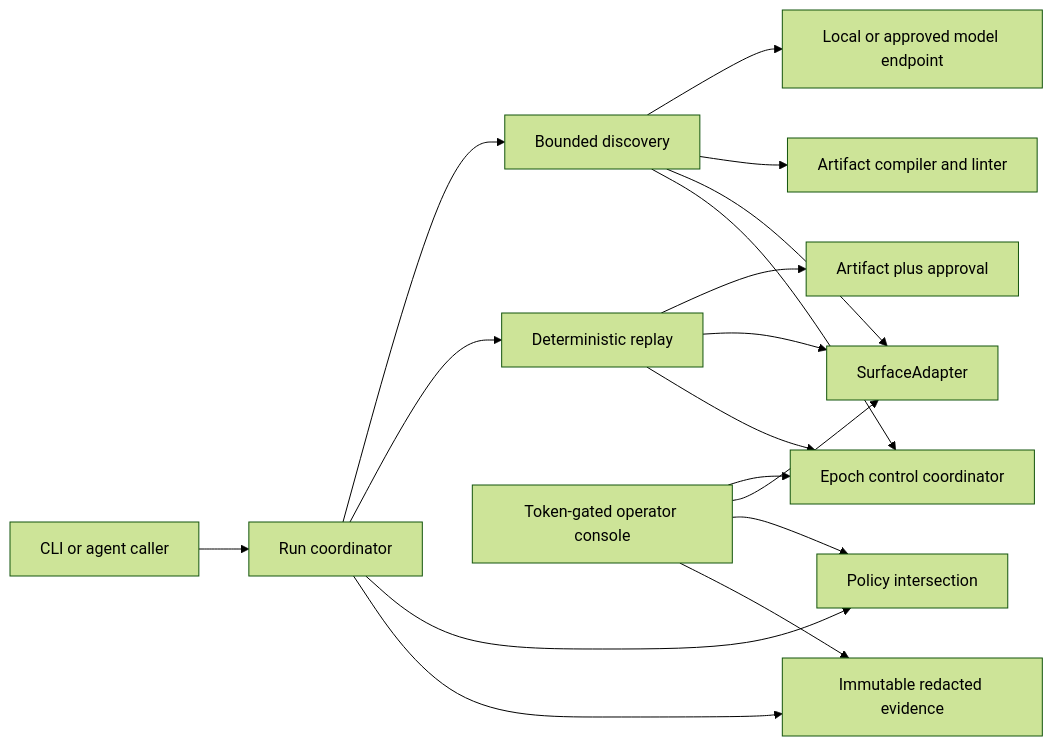
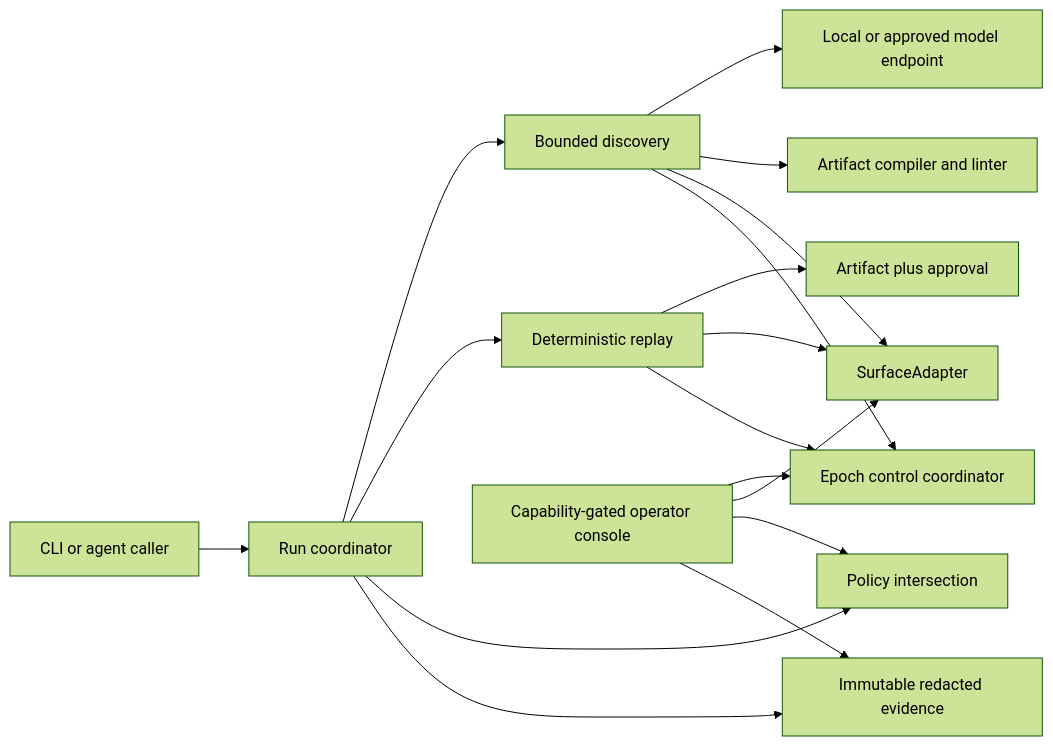
Before and after one commit to codelit-io/handrail-cua: the first of 3 diagrams in docs/SYSTEM_DESIGN_SPEC.md, drawn with Mermaid (forest theme). The commit also changed other lines of this file and 44 other files, not shown here.

````diff
--- a/docs/SYSTEM_DESIGN_SPEC.md
+++ b/docs/SYSTEM_DESIGN_SPEC.md
@@ -91,19 +91,19 @@
 ```mermaid
 flowchart LR
   Caller[CLI or agent caller] --> Coordinator[Run coordinator]
   Coordinator --> Discovery[Bounded discovery]
   Coordinator --> Replay[Deterministic replay]
   Discovery --> Planner[Local or approved model endpoint]
   Discovery --> Compiler[Artifact compiler and linter]
   Replay --> Catalog[Artifact plus approval]
   Discovery --> Surface[SurfaceAdapter]
   Replay --> Surface
-  Operator[Token-gated operator console] --> Control[Epoch control coordinator]
+  Operator[Capability-gated operator console] --> Control[Epoch control coordinator]
   Discovery --> Control
   Replay --> Control
   Operator --> Surface
   Coordinator --> Policy[Policy intersection]
   Operator --> Policy
   Coordinator --> Evidence[Immutable redacted evidence]
   Operator --> Evidence
 ```
````
